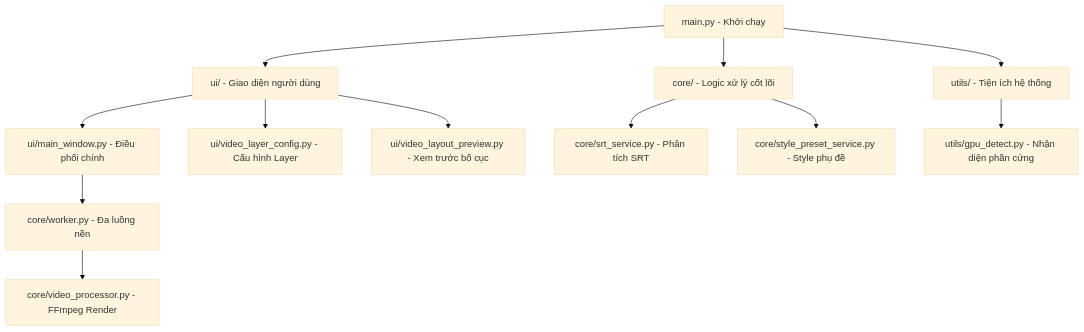
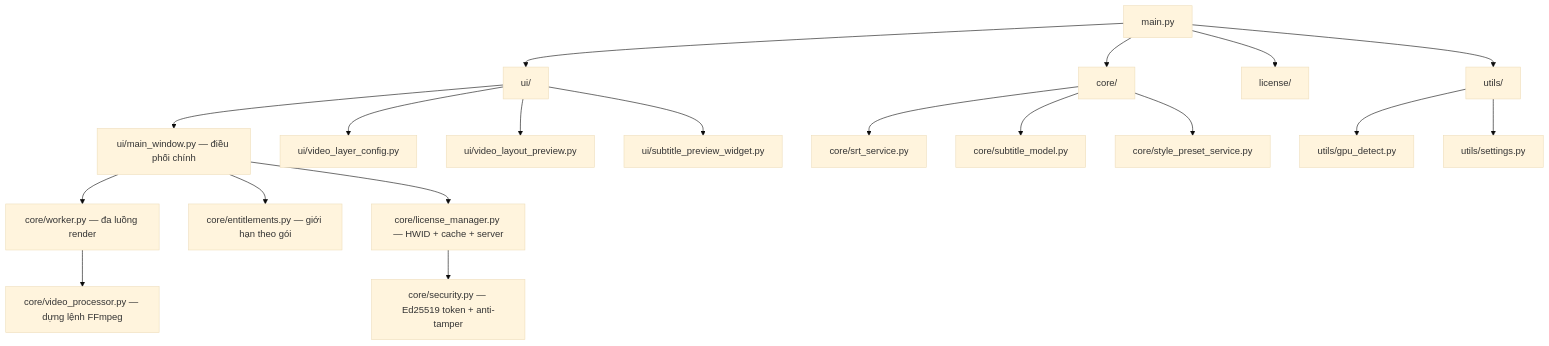
The first of 2 diagrams in architecture_guide.md (nthungg1191/EncoMie), drawn with Mermaid (base theme) before and after one commit. The commit also changed other lines of this file and 8 other files, not shown here.

Commit message:
feat: implement concurrent rendering worker and license management system with UI integration

````diff
--- a/architecture_guide.md
+++ b/architecture_guide.md
@@ -9,14 +16,25 @@
 ```mermaid
 graph TD
-    Main[main.py - Khởi chạy] --> UI[ui/ - Giao diện người dùng]
-    Main --> Core[core/ - Logic xử lý cốt lõi]
-    UI --> MainWindow[ui/main_window.py - Điều phối chính]
-    MainWindow --> Worker[core/worker.py - Đa luồng nền]
-    Worker --> VideoProc[core/video_processor.py - FFmpeg Render]
-    Core --> SrtService[core/srt_service.py - Phân tích SRT]
-    Core --> StylePreset[core/style_preset_service.py - Style phụ đề]
-    UI --> LayerConfig[ui/video_layer_config.py - Cấu hình Layer]
-    UI --> Preview[ui/video_layout_preview.py - Xem trước bố cục]
-    Main --> Utils[utils/ - Tiện ích hệ thống]
-    Utils --> GpuDetect[utils/gpu_detect.py - Nhận diện phần cứng]
+    Main[main.py] --> UI[ui/]
+    Main --> Core[core/]
+    Main --> License[license/]
+    Main --> Utils[utils/]
+
+    UI --> MW[ui/main_window.py — điều phối chính]
+    MW --> Worker[core/worker.py — đa luồng render]
+    Worker --> VP[core/video_processor.py — dựng lệnh FFmpeg]
+    MW --> Ent[core/entitlements.py — giới hạn theo gói]
+    MW --> LM[core/license_manager.py — HWID + cache + server]
+    LM --> Sec[core/security.py — Ed25519 token + anti-tamper]
+
+    UI --> LayerCfg[ui/video_layer_config.py]
+    UI --> LayoutPrev[ui/video_layout_preview.py]
+    UI --> SubPrev[ui/subtitle_preview_widget.py]
+
+    Core --> Srt[core/srt_service.py]
+    Core --> SubModel[core/subtitle_model.py]
+    Core --> StylePreset[core/style_preset_service.py]
+
+    Utils --> Gpu[utils/gpu_detect.py]
+    Utils --> Settings[utils/settings.py]
 ```
````
